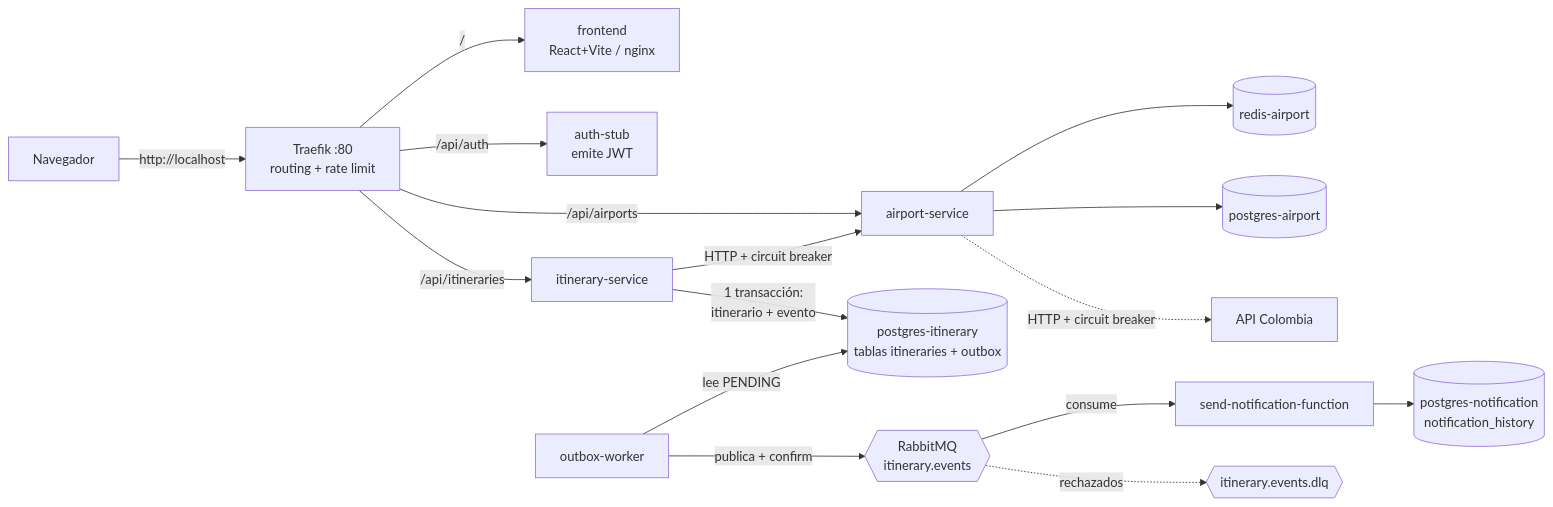
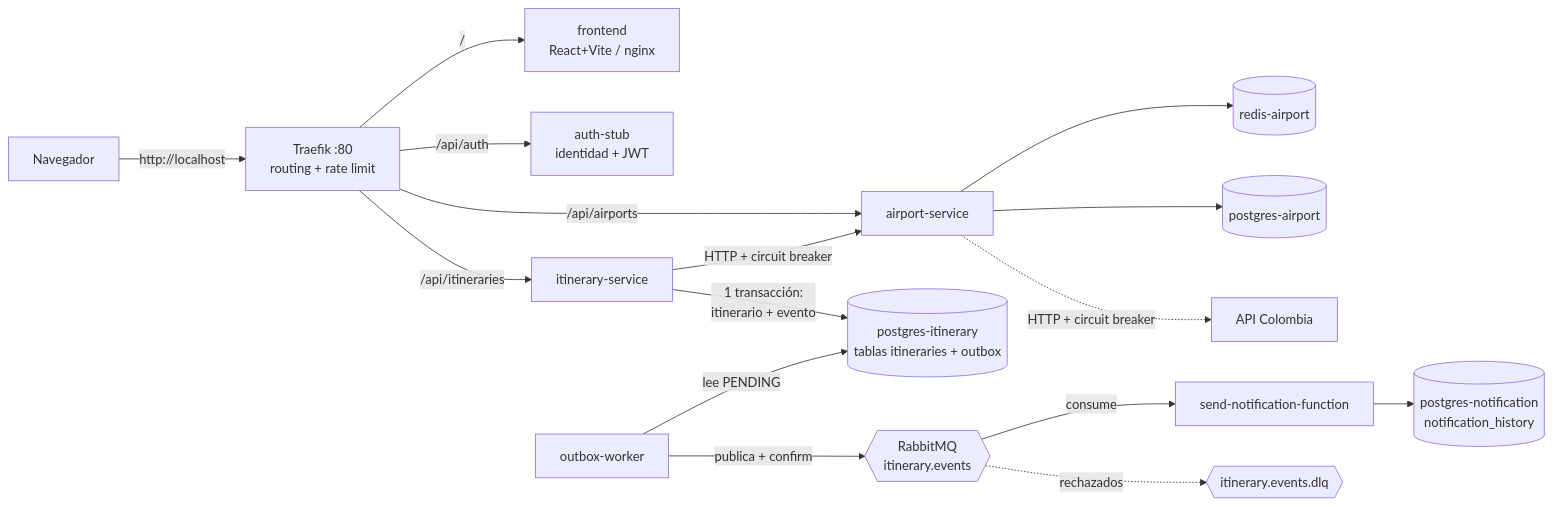
Before and after one commit to JhonR913/sistema-itinerarios: the diagram in README.md, drawn with Mermaid. The commit also changed other lines of this file and 102 other files, not shown here.

````diff
--- a/README.md
+++ b/README.md
@@ -12,18 +12,18 @@
 ```mermaid
 flowchart LR
   U[Navegador] -->|http://localhost| T[Traefik :80<br/>routing + rate limit]
   T -->|/| F[frontend<br/>React+Vite / nginx]
-  T -->|/api/auth| A[auth-stub<br/>emite JWT]
+  T -->|/api/auth| A[auth-stub<br/>identidad + JWT]
   T -->|/api/airports| AP[airport-service]
   T -->|/api/itineraries| I[itinerary-service]
   AP --> R[(redis-airport)]
   AP --> PA[(postgres-airport)]
   AP -.->|HTTP + circuit breaker| EXT[API Colombia]
   I -->|HTTP + circuit breaker| AP
   I -->|"1 transacción:<br/>itinerario + evento"| PI[(postgres-itinerary<br/>tablas itineraries + outbox)]
   W[outbox-worker] -->|lee PENDING| PI
   W -->|publica + confirm| Q{{RabbitMQ<br/>itinerary.events}}
   Q -->|consume| N[send-notification-function]
   N --> PN[(postgres-notification<br/>notification_history)]
   Q -. rechazados .-> DLQ{{itinerary.events.dlq}}
 ```
````
